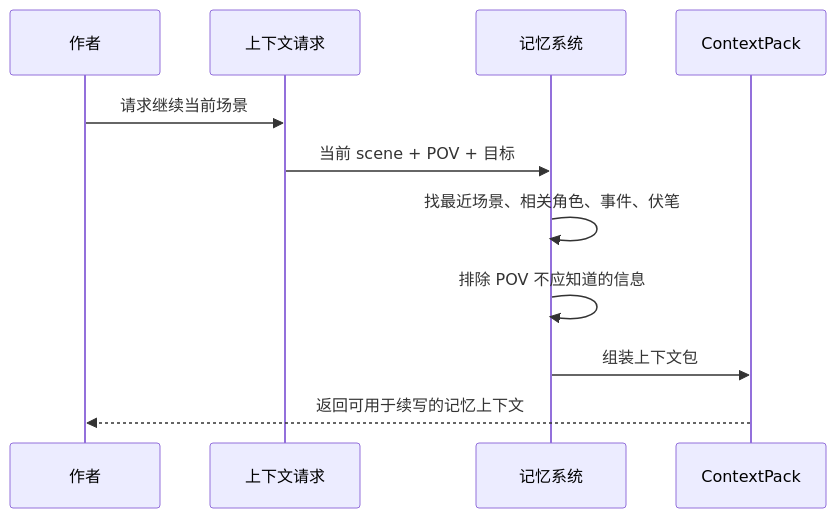
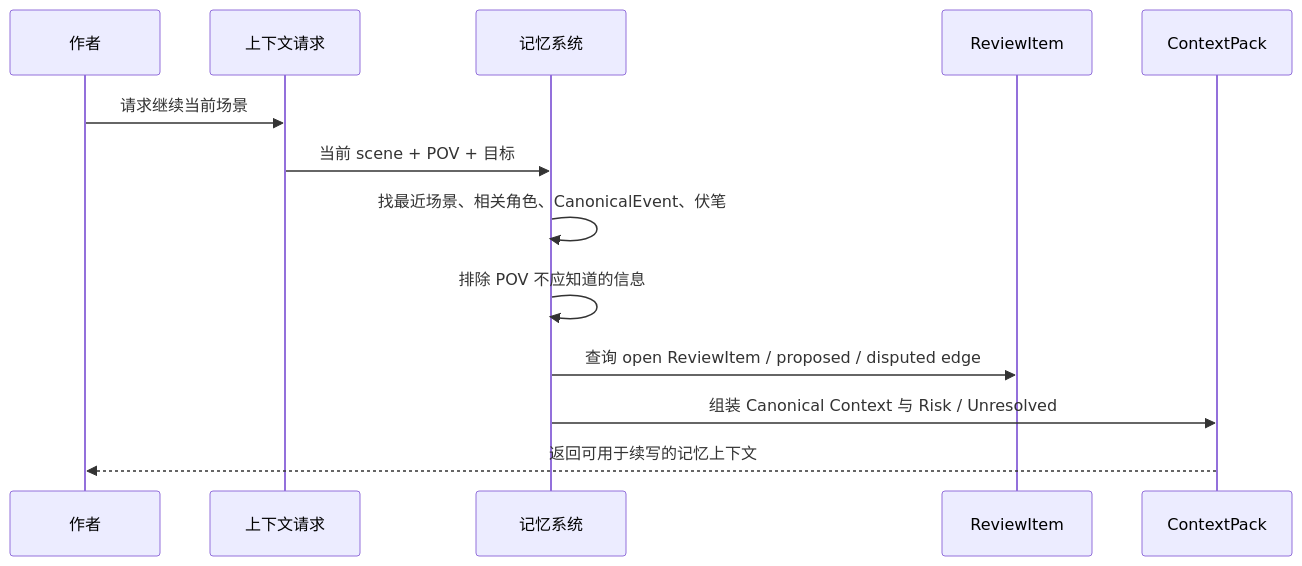
The third of 3 diagrams in goals/09-retrieval-context-pack.md (FrankQDWang/sextantlabs), drawn with Mermaid before and after one commit. The commit also changed other lines of this file and 16 other files, not shown here.

````diff
--- a/goals/09-retrieval-context-pack.md
+++ b/goals/09-retrieval-context-pack.md
@@ -68,14 +90,16 @@
 ```mermaid
 sequenceDiagram
     participant Author as 作者
     participant Query as 上下文请求
     participant Memory as 记忆系统
+    participant Review as ReviewItem
     participant Pack as ContextPack
 
     Author->>Query: 请求继续当前场景
     Query->>Memory: 当前 scene + POV + 目标
-    Memory->>Memory: 找最近场景、相关角色、事件、伏笔
+    Memory->>Memory: 找最近场景、相关角色、CanonicalEvent、伏笔
     Memory->>Memory: 排除 POV 不应知道的信息
-    Memory->>Pack: 组装上下文包
+    Memory->>Review: 查询 open ReviewItem / proposed / disputed edge
+    Memory->>Pack: 组装 Canonical Context 与 Risk / Unresolved
     Pack-->>Author: 返回可用于续写的记忆上下文
 ```
````
